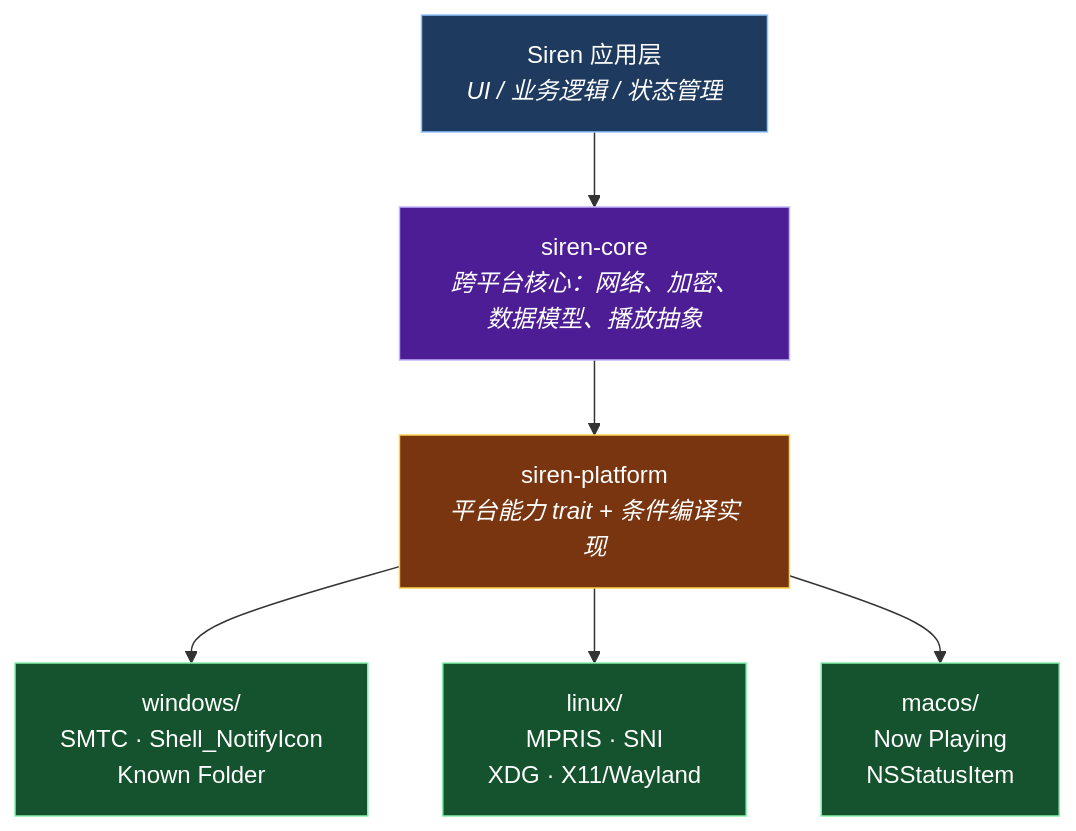
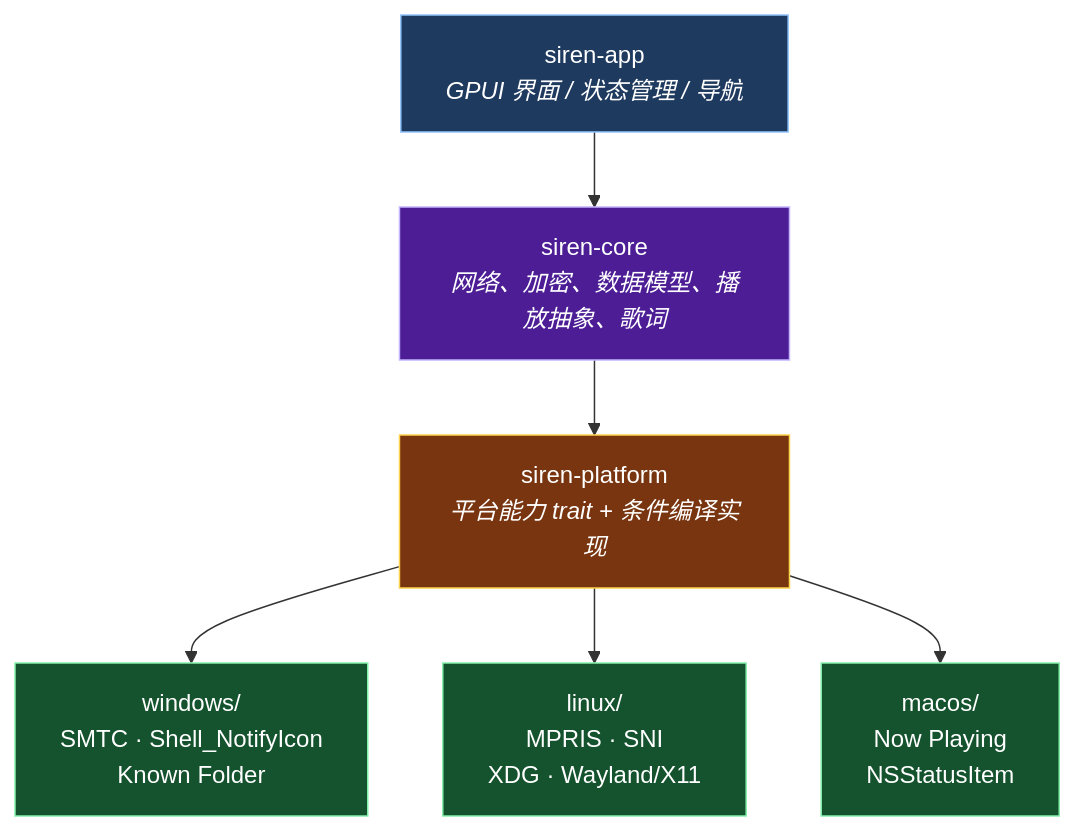
Before and after one commit to cyanrhythm/Siren: the diagram in README.md, drawn with Mermaid. The commit also changed other lines of this file, not shown here.

````diff
--- a/README.md
+++ b/README.md
@@ -48,19 +65,19 @@
 ```mermaid
 flowchart TD
-    APP["Siren 应用层<br/><i>UI / 业务逻辑 / 状态管理</i>"]
+    APP["siren-app<br/><i>GPUI 界面 / 状态管理 / 导航</i>"]
 
-    APP --> CORE["siren-core<br/><i>跨平台核心：网络、加密、数据模型、播放抽象</i>"]
+    APP --> CORE["siren-core<br/><i>网络、加密、数据模型、播放抽象、歌词</i>"]
 
     CORE --> PLAT["siren-platform<br/><i>平台能力 trait + 条件编译实现</i>"]
 
     PLAT --> W["windows/<br/>SMTC · Shell_NotifyIcon<br/>Known Folder"]
-    PLAT --> L["linux/<br/>MPRIS · SNI<br/>XDG · X11/Wayland"]
+    PLAT --> L["linux/<br/>MPRIS · SNI<br/>XDG · Wayland/X11"]
     PLAT --> M["macos/<br/>Now Playing<br/>NSStatusItem"]
 
     style APP fill:#1e3a5f,stroke:#93c5fd,color:#fff
     style CORE fill:#4c1d95,stroke:#c4b5fd,color:#fff
     style PLAT fill:#78350f,stroke:#fcd34d,color:#fff
     style W fill:#14532d,stroke:#86efac,color:#fff
     style L fill:#14532d,stroke:#86efac,color:#fff
     style M fill:#14532d,stroke:#86efac,color:#fff
 ```
````
